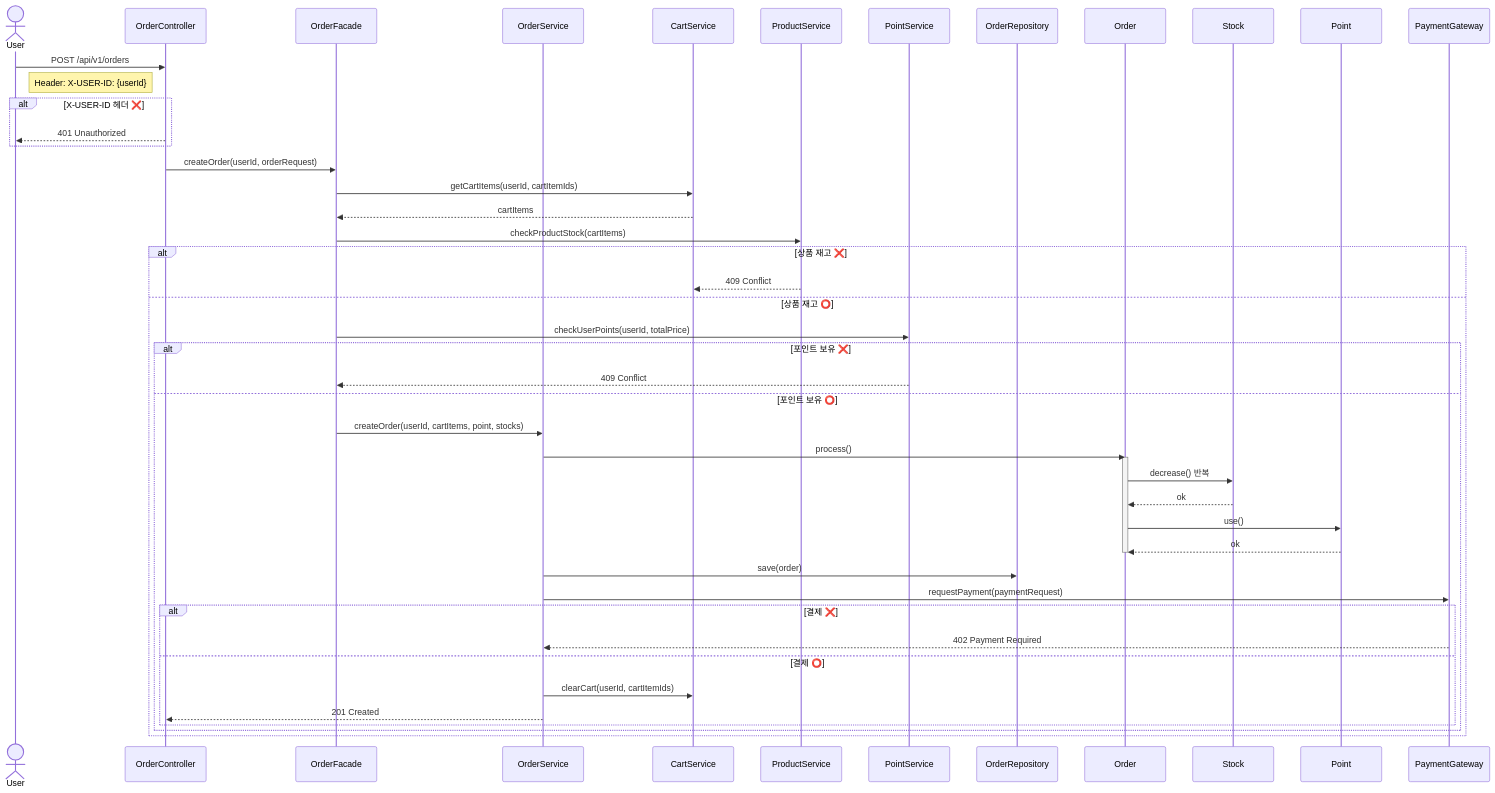
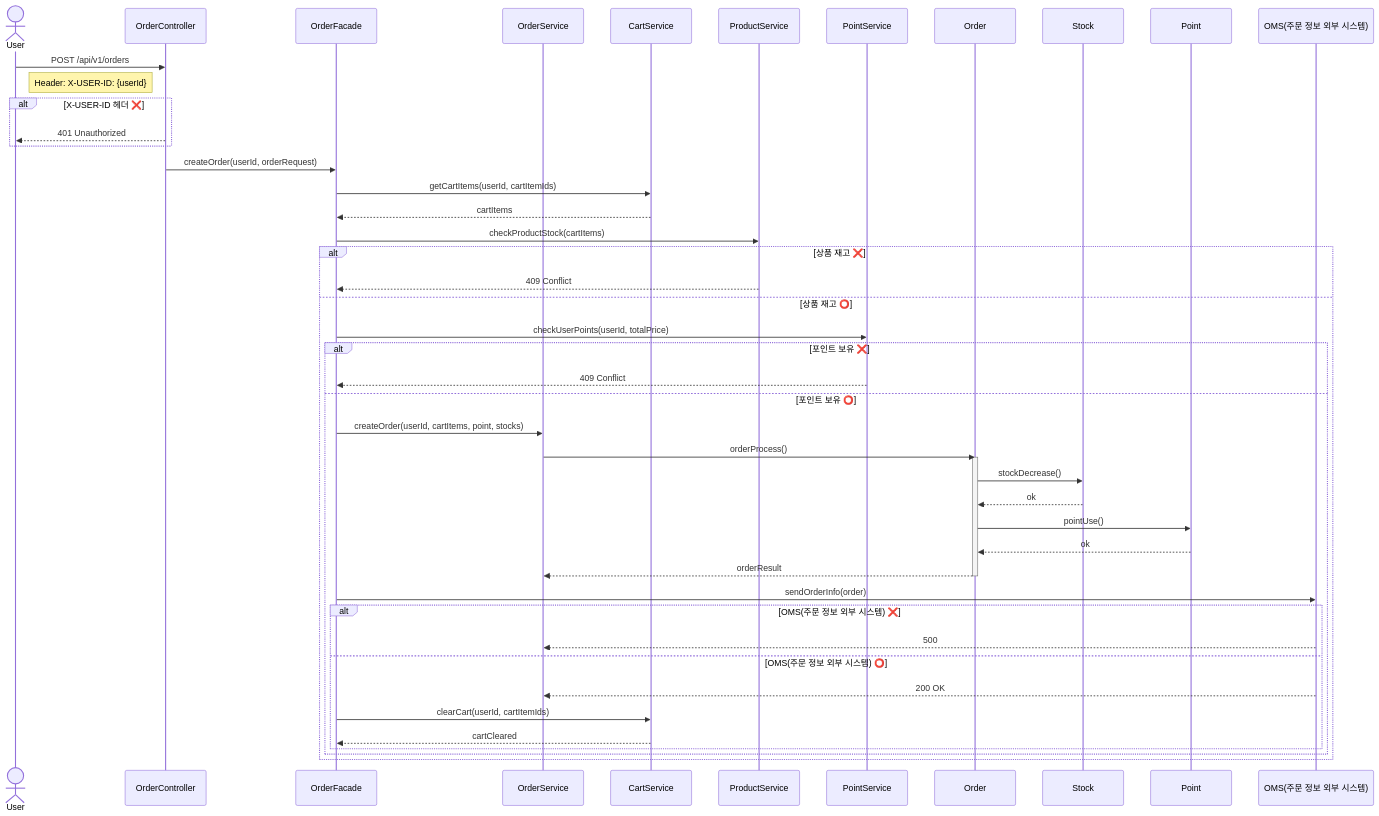
One commit to yuneong/loopers changed the sixth of 10 diagrams in docs/design/02-sequence-diagrams.md. Above: the diagram before and after it, drawn with Mermaid. The commit also changed other lines of this file and 1 other file, not shown here.

Commit message:
docs: 주문/결제(Orders) 요구사항 정의서, 시퀀스 다이어그램 수정 2

````diff
--- a/docs/design/02-sequence-diagrams.md
+++ b/docs/design/02-sequence-diagrams.md
@@ -166,57 +166,57 @@
 ```mermaid
 sequenceDiagram
     actor User
     participant OrderController
     participant OrderFacade
     participant OrderService
     participant CartService
     participant ProductService
     participant PointService
-    participant OrderRepository
     participant Order
     participant Stock
     participant Point
-    participant PaymentGateway
+    participant OMS(주문 정보 외부 시스템)
 
     User->>OrderController: POST /api/v1/orders
     note right of User: Header: X-USER-ID: {userId}
     alt X-USER-ID 헤더 ❌
         OrderController-->>User: 401 Unauthorized
     end
     
     OrderController->>OrderFacade: createOrder(userId, orderRequest)
-    
+
     OrderFacade->>CartService: getCartItems(userId, cartItemIds)
     CartService-->>OrderFacade: cartItems
 
     OrderFacade->>ProductService: checkProductStock(cartItems)
     alt 상품 재고 ❌
-        ProductService-->>CartService: 409 Conflict
+        ProductService-->>OrderFacade: 409 Conflict
     else 상품 재고 ⭕️
         OrderFacade->>PointService: checkUserPoints(userId, totalPrice)
         alt 포인트 보유 ❌
             PointService-->>OrderFacade: 409 Conflict
         else 포인트 보유 ⭕️
             OrderFacade->>OrderService: createOrder(userId, cartItems, point, stocks)
 
-            OrderService->>Order: process()
+            OrderService->>Order: orderProcess()
 
             activate Order
-            Order->>Stock: decrease() 반복
+            Order->>Stock: stockDecrease()
             Stock-->>Order: ok
-            Order->>Point: use()
+            Order->>Point: pointUse()
             Point-->>Order: ok
+            Order-->>OrderService: orderResult
             deactivate Order
 
-            OrderService->>OrderRepository: save(order)
-
-            OrderService->>PaymentGateway: requestPayment(paymentRequest)
-            alt 결제 ❌
-                PaymentGateway-->>OrderService: 402 Payment Required
-            else 결제 ⭕️
-                OrderService->>CartService: clearCart(userId, cartItemIds)
-                OrderService-->>OrderController: 201 Created
+            OrderFacade->>OMS(주문 정보 외부 시스템): sendOrderInfo(order)
+            alt OMS(주문 정보 외부 시스템) ❌
+                OMS(주문 정보 외부 시스템)-->>OrderService: 500
+            else OMS(주문 정보 외부 시스템) ⭕️
+                OMS(주문 정보 외부 시스템)-->>OrderService: 200 OK
+                
+                OrderFacade->>CartService: clearCart(userId, cartItemIds)
+                CartService-->>OrderFacade: cartCleared
             end
         end
     end
 ```
````
